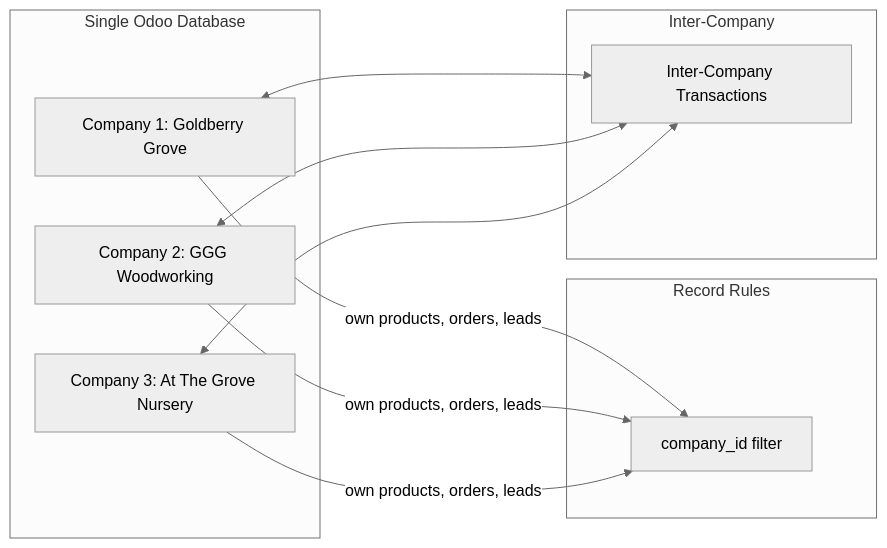
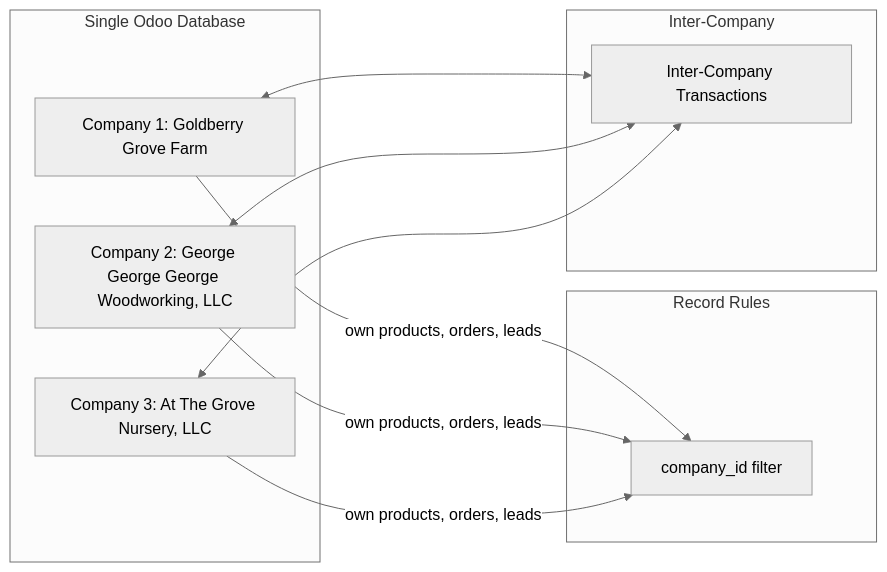
One commit to Goldberry-Playground/odoocker-goldberrygrove changed the third of 4 diagrams in docs/ARCHITECTURE.md. Above: the diagram before and after it, drawn with Mermaid (neutral theme). The commit also changed 6 other files, not shown here.

````diff
--- a/docs/ARCHITECTURE.md
+++ b/docs/ARCHITECTURE.md
@@ -65,24 +65,24 @@
 ```mermaid
 graph LR
     subgraph "Single Odoo Database"
-        C1[Company 1: Goldberry Grove]
-        C2[Company 2: GGG Woodworking]
-        C3[Company 3: At The Grove Nursery]
+        C1[Company 1: Goldberry Grove Farm]
+        C2[Company 2: George George George Woodworking, LLC]
+        C3[Company 3: At The Grove Nursery, LLC]
     end
 
     subgraph "Record Rules"
         RR[company_id filter]
     end
 
     C1 --> |own products, orders, leads| RR
     C2 --> |own products, orders, leads| RR
     C3 --> |own products, orders, leads| RR
 
     subgraph "Inter-Company"
         IC[Inter-Company Transactions]
     end
 
     C1 <--> IC
     C2 <--> IC
     C3 <--> IC
 ```
````
